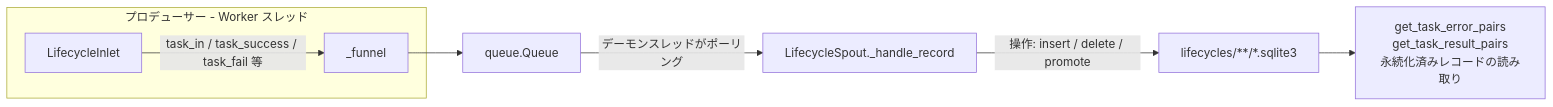
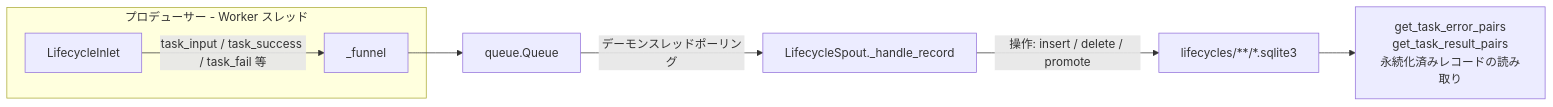
One commit to Mr-xiaotian/CelestialFlow changed the diagram in docs/ja/src/persistence/core_lifecycle.md. Above: the diagram before and after it, drawn with Mermaid. The commit also changed other lines of this file and 181 other files, not shown here.

````diff
--- a/docs/ja/src/persistence/core_lifecycle.md
+++ b/docs/ja/src/persistence/core_lifecycle.md
@@ -11,11 +11,11 @@
 ```mermaid
 flowchart LR
     subgraph Producer["プロデューサー - Worker スレッド"]
         Inlet[LifecycleInlet]
-        Inlet -->|task_in / task_success / task_fail 等| Funnel[_funnel]
+        Inlet -->|task_input / task_success / task_fail 等| Funnel[_funnel]
     end
     Funnel --> Queue[queue.Queue]
-    Queue -->|デーモンスレッドがポーリング| Spout[LifecycleSpout._handle_record]
+    Queue -->|デーモンスレッドポーリング| Spout[LifecycleSpout._handle_record]
     Spout -->|操作: insert / delete / promote| SQLite[lifecycles/**/*.sqlite3]
     SQLite --> Read[get_task_error_pairs<br/>get_task_result_pairs<br/>永続化済みレコードの読み取り]
 ```
````
